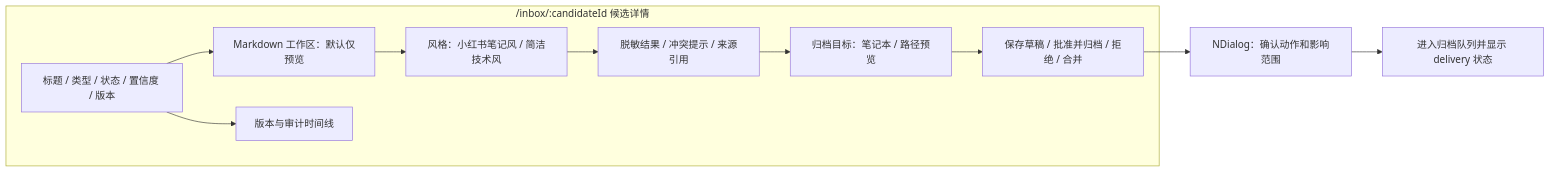
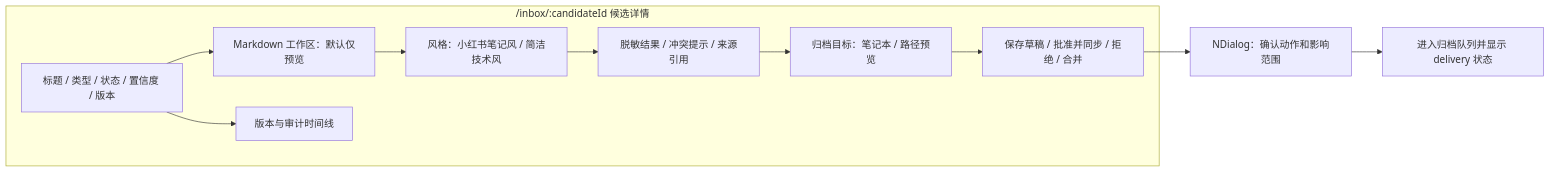
Before and after one commit to hiblacker/memory-hub: the fourth of 9 diagrams in docs/12-frontend-interaction-design.md, drawn with Mermaid. The commit also changed other lines of this file and 7 other files, not shown here.

````diff
--- a/docs/12-frontend-interaction-design.md
+++ b/docs/12-frontend-interaction-design.md
@@ -100,16 +101,16 @@
 ```mermaid
 flowchart LR
     subgraph DETAIL_PAGE["/inbox/:candidateId 候选详情"]
         HEAD["标题 / 类型 / 状态 / 置信度 / 版本"]
         EDITOR["Markdown 工作区：默认仅预览"]
         STYLE["风格：小红书笔记风 / 简洁技术风"]
         CHECKS["脱敏结果 / 冲突提示 / 来源引用"]
         TARGET["归档目标：笔记本 / 路径预览"]
         AUDIT["版本与审计时间线"]
-        ACTION["保存草稿 / 批准并归档 / 拒绝 / 合并"]
+        ACTION["保存草稿 / 批准并同步 / 拒绝 / 合并"]
         HEAD --> EDITOR --> STYLE --> CHECKS --> TARGET --> ACTION
         HEAD --> AUDIT
     end
     ACTION --> CONFIRM["NDialog：确认动作和影响范围"]
     CONFIRM --> QUEUED["进入归档队列并显示 delivery 状态"]
 ```
````
